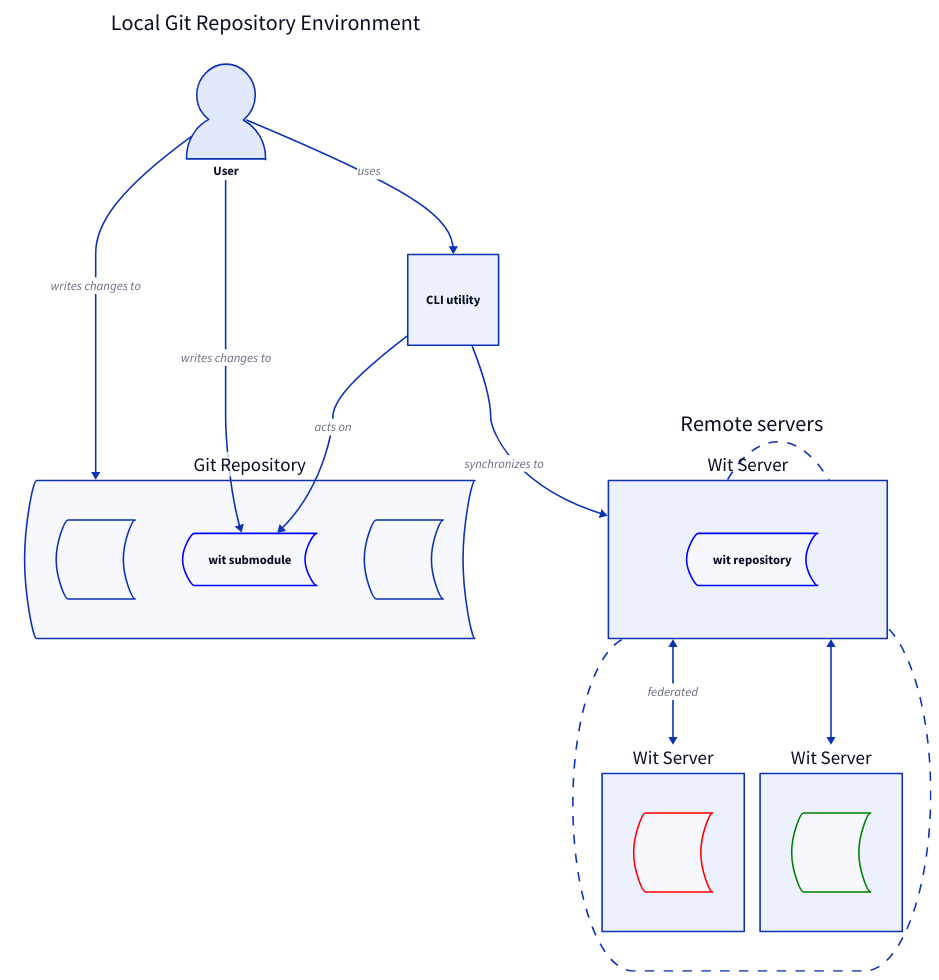
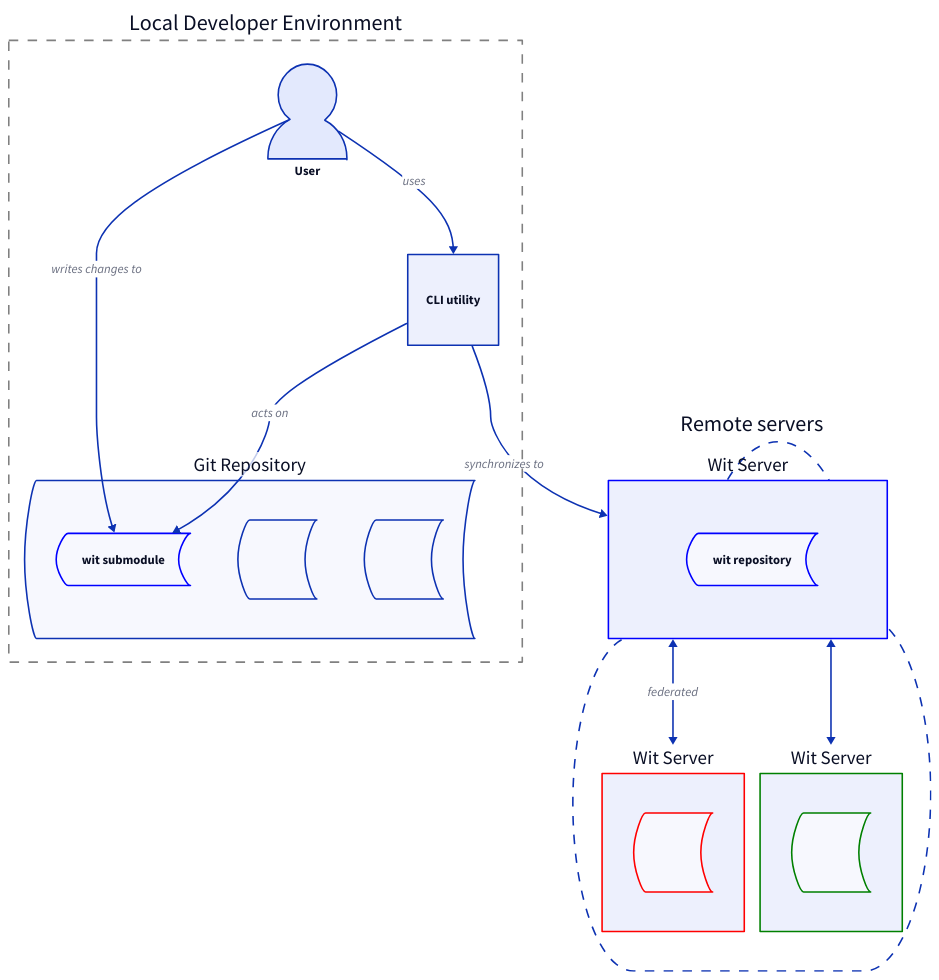
Before and after one commit to Adhalianna/wit: the diagram in docs/seminar/architecture-simple.d2, drawn with D2. The commit also changed 5 other files, not shown here.

```diff
--- a/docs/seminar/architecture-simple.d2
+++ b/docs/seminar/architecture-simple.d2
@@ -1,65 +1,70 @@
 direction: down
 
-devenv: Local Git Repository Environment {
+devenv: Local Developer Environment {
     style.fill: transparent
     style.stroke-dash: 6
-    style.stroke: transparent
+    style.stroke: gray
 
     user: User {
         shape: person 
         width: 100
         height: 120
     }
             
     cli: CLI utility {
         shape: square
     }
             
-    user -> repo: writes changes to
+    user -> cli: uses
     user -> repo.submodule: writes changes to
-    user -> cli: uses
     cli -> repo.submodule: acts on
     
     repo: Git Repository {
         shape: stored_data
         
         code1: ''
         code1.shape: stored_data
     
         code2: ''
         code2.shape: stored_data
     
         submodule: wit submodule
         submodule.shape: stored_data
         submodule.style.stroke: blue 
     }
 }
 
 devenv.cli --> remotes.remote1: synchronizes to
 
 remotes: Remote servers {
     style.fill: transparent
     style.stroke-dash: 6
     shape: cloud
 
     remote1: Wit Server {
         shape: rectangle
+        style.stroke: blue
+        
         repo: wit repository
         repo.shape: stored_data
         repo.style.stroke: blue
     }
     remote2: Wit Server {
         shape: rectangle
+        style.stroke: red
+
         repo: ''
         repo.shape: stored_data
         repo.style.stroke: red
     }
     remote3: Wit Server {
         shape: rectangle
+        style.stroke: green
+
         repo: ''
         repo.shape: stored_data
         repo.style.stroke: green
     }
     remote1 <-> remote2: federated
     remote1 <-> remote3
 }
```
